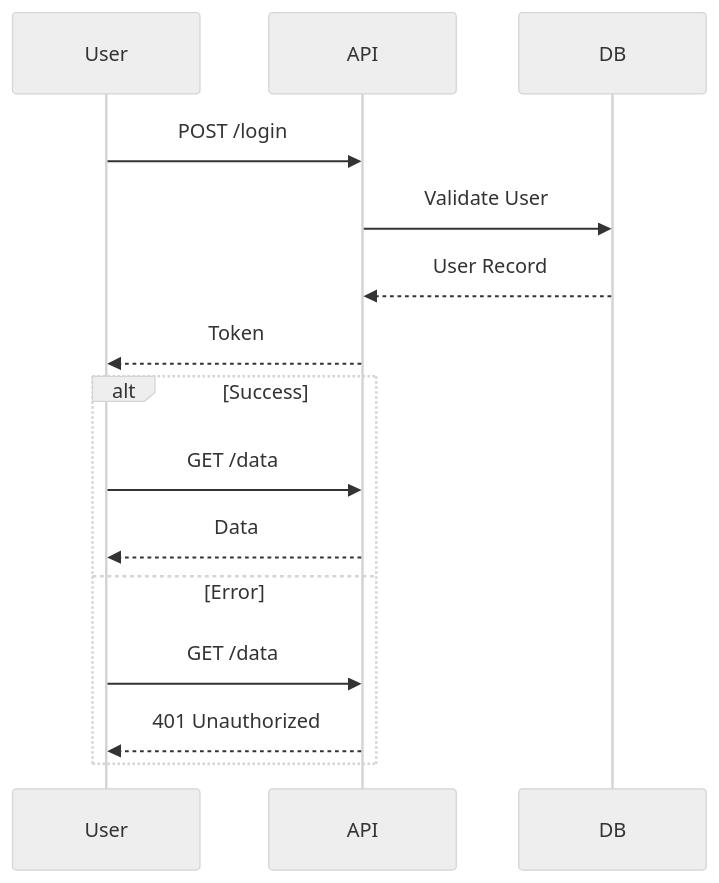
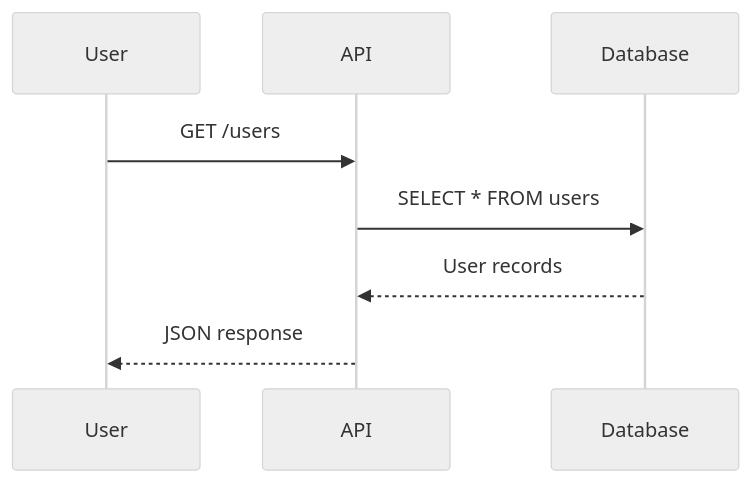
One commit to modu-ai/moai-adk changed the second of 3 diagrams in src/moai_adk/templates/.claude/skills/moai-mermaid-diagram-expert/SKILL.md. Above: the diagram before and after it, drawn with Mermaid (neutral theme). The commit also changed other lines of this file and 250 other files, not shown here.

````diff
--- a/src/moai_adk/templates/.claude/skills/moai-mermaid-diagram-expert/SKILL.md
+++ b/src/moai_adk/templates/.claude/skills/moai-mermaid-diagram-expert/SKILL.md
@@ -74,19 +90,11 @@
 ```mermaid
 sequenceDiagram
     participant User
     participant API
-    participant DB
+    participant Database
 
-    User->>API: POST /login
-    API->>DB: Validate User
-    DB-->>API: User Record
-    API-->>User: Token
-
-    alt Success
-        User->>API: GET /data
-        API-->>User: Data
-    else Error
-        User->>API: GET /data
-        API-->>User: 401 Unauthorized
-    end
+    User->>API: GET /users
+    API->>Database: SELECT * FROM users
+    Database-->>API: User records
+    API-->>User: JSON response
 ```
````
